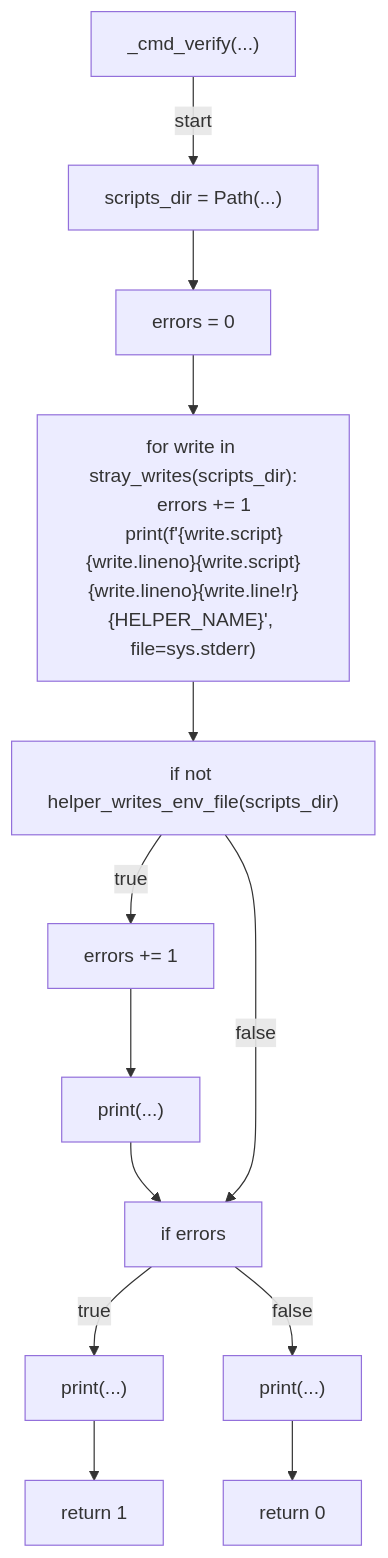
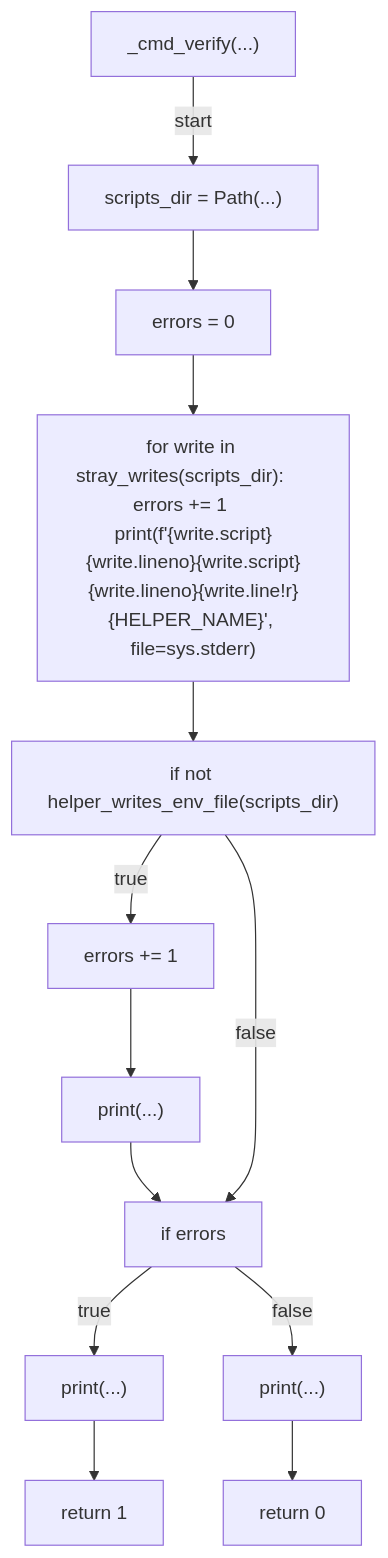
Before and after one commit to tvna/claude-md: the fourth of 6 diagrams in docs/generated/scripts/ast/scan_session_path_drift.md, drawn with Mermaid. The commit also changed other lines of this file and 23 other files, not shown here.

First line of the commit message:
docs(generated): regenerate decision tree and workflow diagrams (batch 4/5)

````diff
--- a/docs/generated/scripts/ast/scan_session_path_drift.md
+++ b/docs/generated/scripts/ast/scan_session_path_drift.md
@@ -41,29 +38,27 @@
 ```mermaid
 flowchart TD
     N001["_cmd_verify(...)"]
     N002["scripts_dir = Path(...)"]
     N003["errors = 0"]
-    N004["for write in stray_writes(scripts_dir):
-    errors += 1
-    print(f'<str>{write.script}<str>{write.lineno}<str>{write.script}<str>{write.lineno}<str>{write.line!r}<str>{HELPER_NAME}<str>', file=sys.stderr)"]
+    N004["for write in stray_writes(scripts_dir):     errors += 1     print(f'<str>{write.script}<str>{write.lineno}<str>{write.script}<str>{write.lineno}<str>{write.line!r}<str>{HELPER_NAME}<str>', file=sys.stderr)"]
     N005["if not helper_writes_env_file(scripts_dir)"]
     N006["errors += 1"]
     N007["print(...)"]
     N008["if errors"]
     N009["print(...)"]
     N010["return 1"]
     N011["print(...)"]
     N012["return 0"]
     N001 -->|"start"| N002
     N002 --> N003
     N003 --> N004
     N004 --> N005
     N005 -->|"true"| N006
     N006 --> N007
     N007 --> N008
     N005 -->|"false"| N008
     N008 -->|"true"| N009
     N009 --> N010
     N008 -->|"false"| N011
     N011 --> N012
 ```
````
